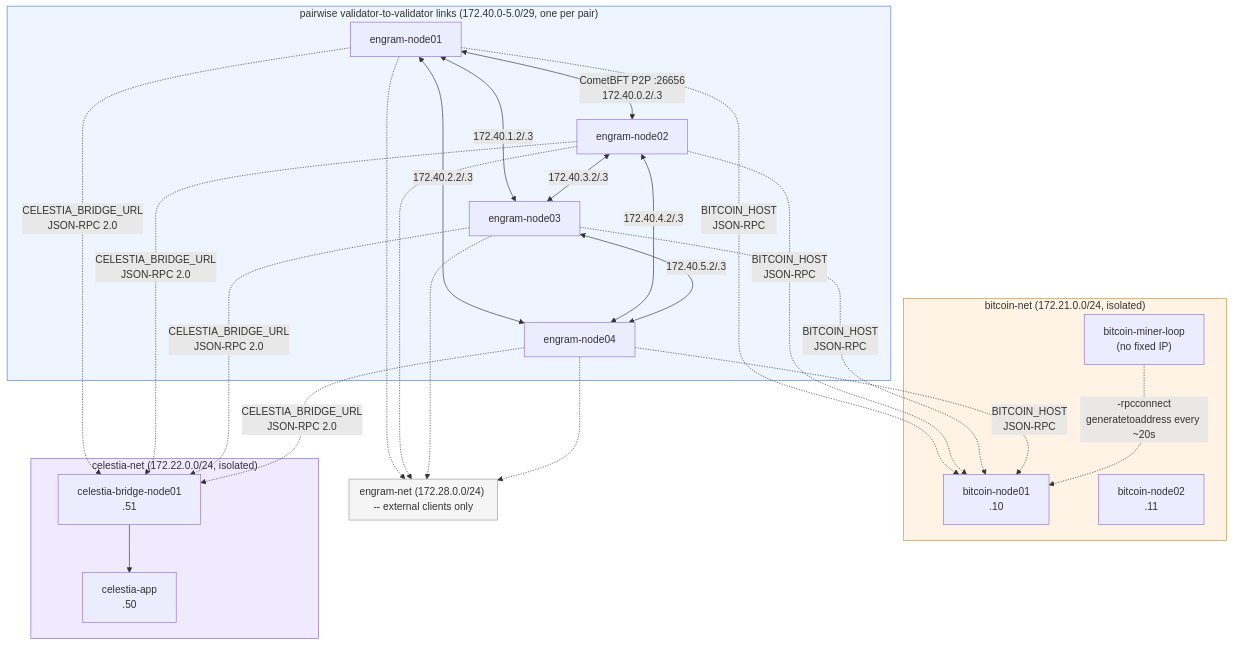
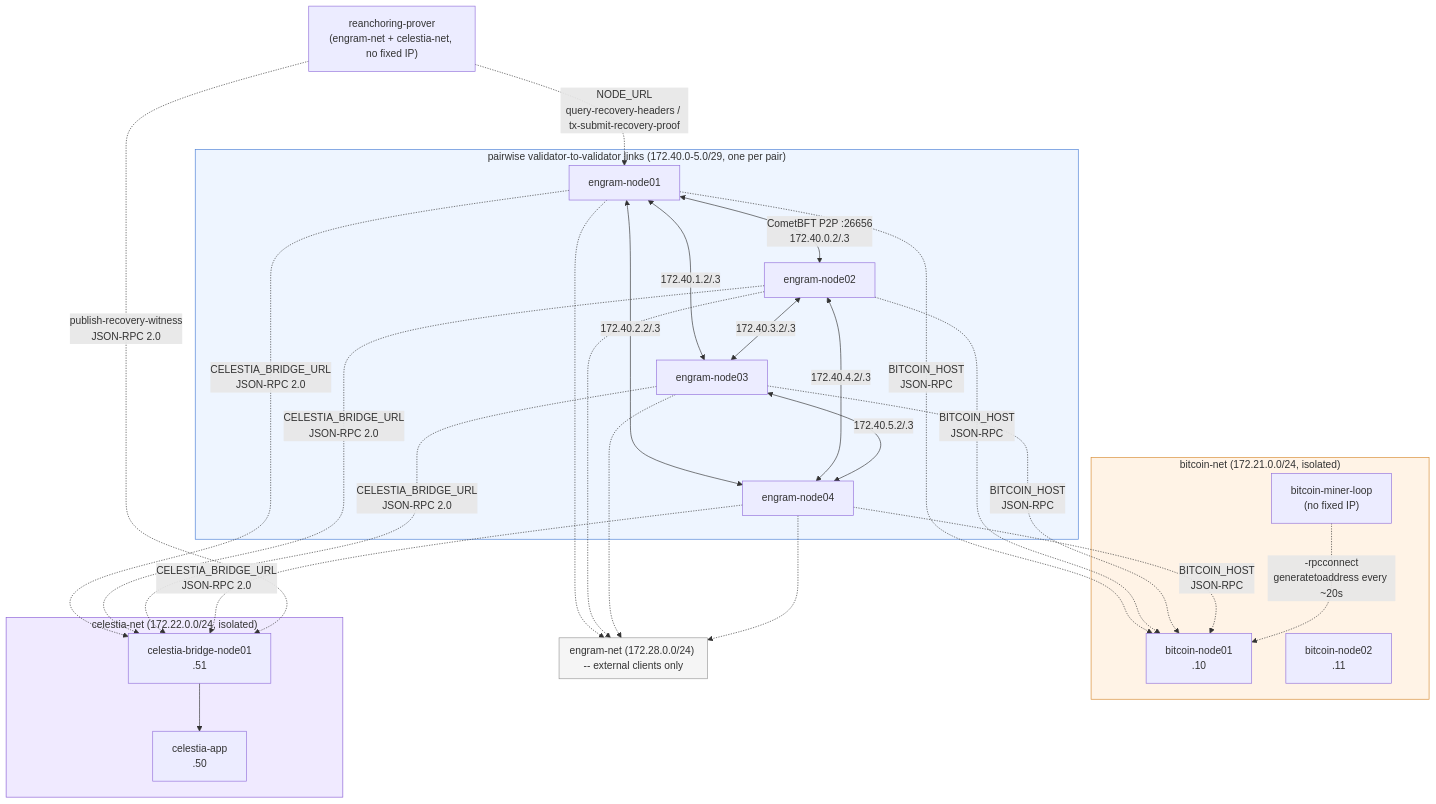
Before and after one commit to cuongct924/engram-sovereign-fsm: the diagram in docs/ARCHITECTURE.md, drawn with Mermaid. The commit also changed other lines of this file and 7 other files, not shown here.

First line of the commit message:
revert: restore docker/reanchoring-prover.yml, wire it back into testnet-up

````diff
--- a/docs/ARCHITECTURE.md
+++ b/docs/ARCHITECTURE.md
@@ -9,36 +9,39 @@
 ```mermaid
 flowchart TB
     subgraph plinks["pairwise validator-to-validator links (172.40.0-5.0/29, one per pair)"]
         N1["engram-node01"]
         N2["engram-node02"]
         N3["engram-node03"]
         N4["engram-node04"]
         N1 <-->|"CometBFT P2P :26656<br/>172.40.0.2/.3"| N2
         N1 <-->|172.40.1.2/.3| N3
         N1 <-->|172.40.2.2/.3| N4
         N2 <-->|172.40.3.2/.3| N3
         N2 <-->|172.40.4.2/.3| N4
         N3 <-->|172.40.5.2/.3| N4
     end
     subgraph engramnet["engram-net (172.28.0.0/24) -- external clients only"]
     end
     subgraph bitcoinnet["bitcoin-net (172.21.0.0/24, isolated)"]
         BTC1["bitcoin-node01<br/>.10"]
         BTC2["bitcoin-node02<br/>.11"]
         Miner["bitcoin-miner-loop<br/>(no fixed IP)"]
     end
     subgraph celestianet["celestia-net (172.22.0.0/24, isolated)"]
         CApp["celestia-app<br/>.50"]
         CBridge["celestia-bridge-node01<br/>.51"]
     end
+    Prover["reanchoring-prover<br/>(engram-net + celestia-net, no fixed IP)"]
     N1 & N2 & N3 & N4 -.->|BITCOIN_HOST<br/>JSON-RPC| BTC1
     N1 & N2 & N3 & N4 -.->|CELESTIA_BRIDGE_URL<br/>JSON-RPC 2.0| CBridge
     N1 & N2 & N3 & N4 -.-> engramnet
     CBridge --> CApp
     Miner -.->|"-rpcconnect<br/>generatetoaddress every ~20s"| BTC1
+    Prover -.->|"NODE_URL<br/>query-recovery-headers / tx-submit-recovery-proof"| N1
+    Prover -.->|"publish-recovery-witness<br/>JSON-RPC 2.0"| CBridge
 
     style plinks fill:#eef5ff,stroke:#4a7fd6
     style engramnet fill:#f5f5f5,stroke:#999
     style bitcoinnet fill:#fff3e6,stroke:#d68a30
     style celestianet fill:#f0eaff,stroke:#8a5fd6
 ```
````
